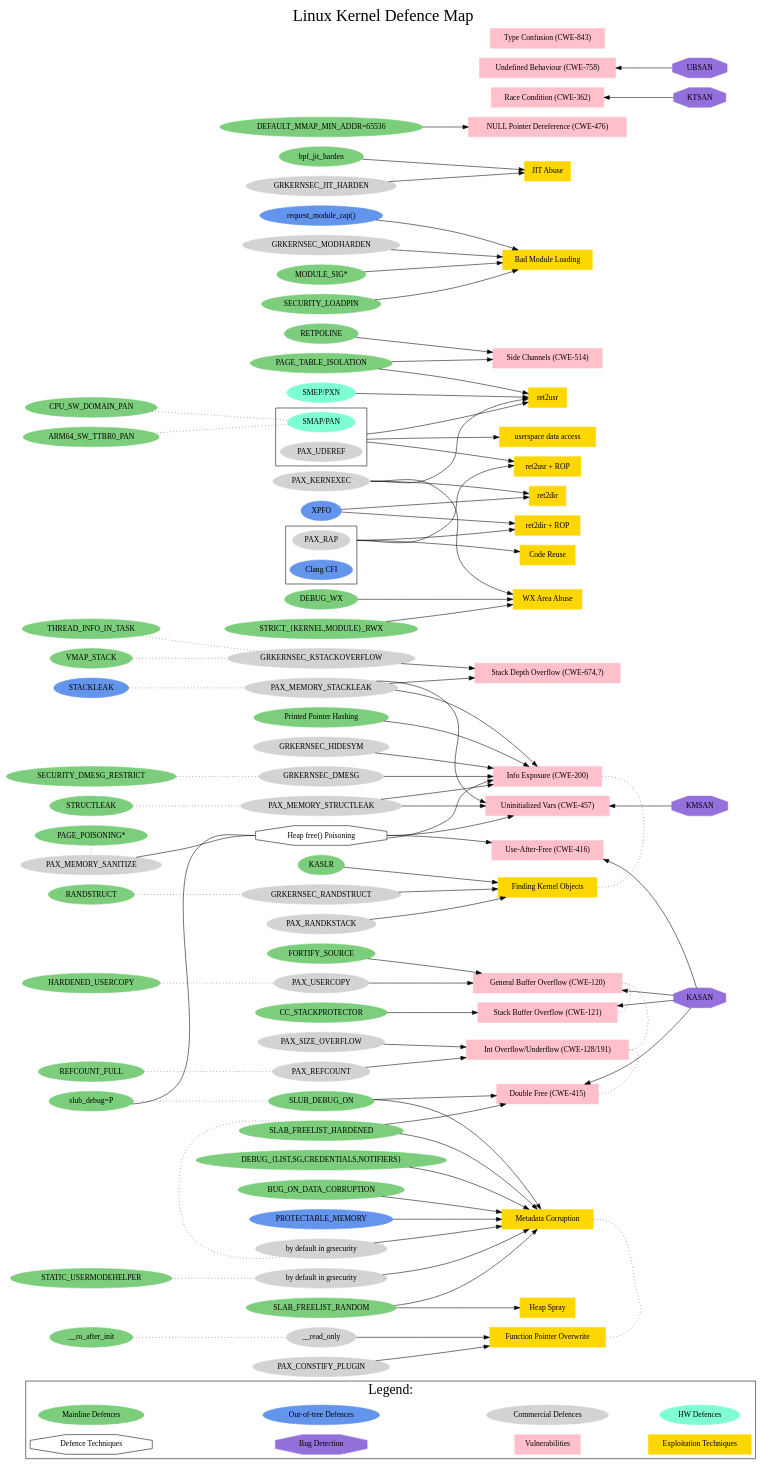
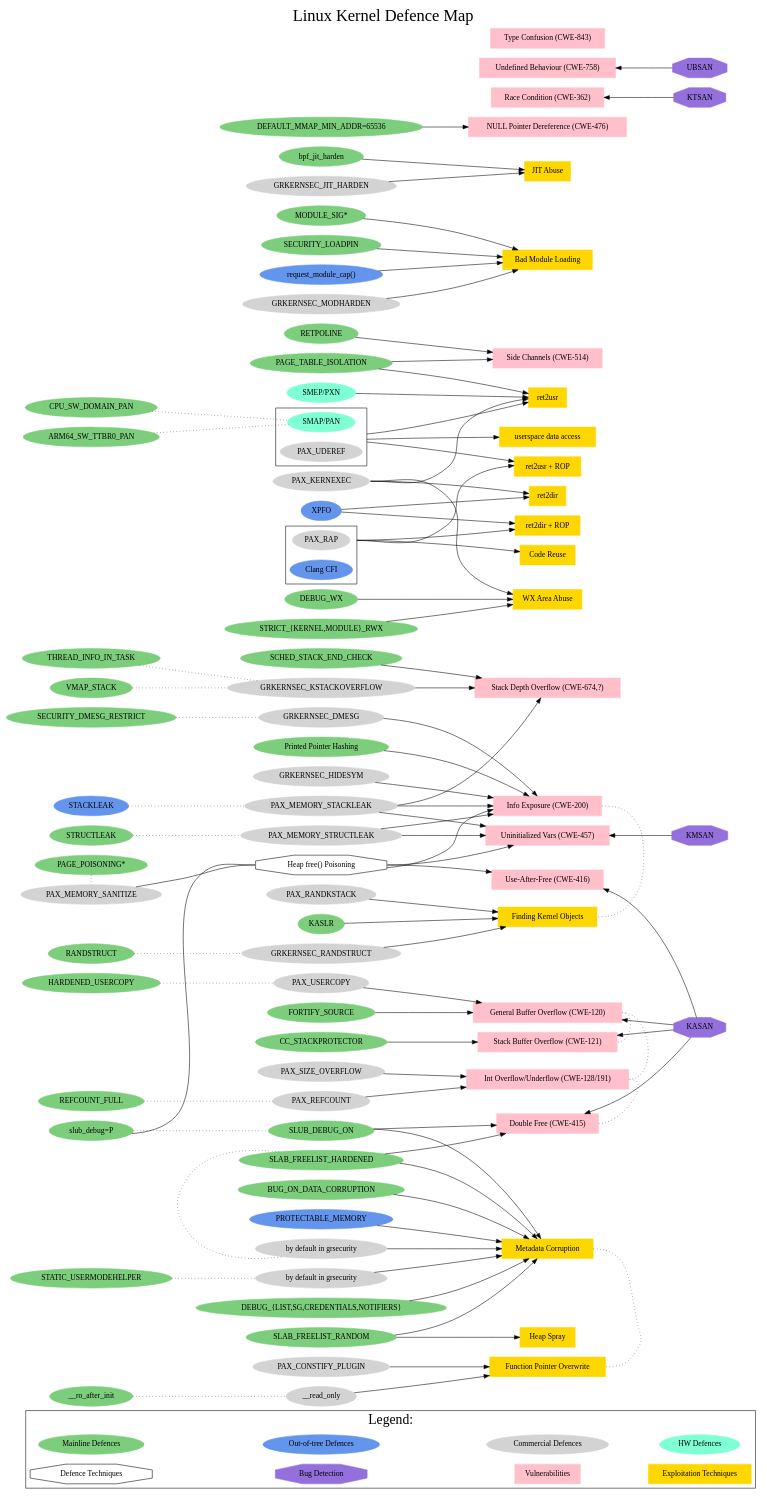
The diagram in linux-kernel-defence-map.dot (a13xp0p0v/linux-kernel-defence-map), drawn with Graphviz before and after one commit.

Commit message:
Add SCHED_STACK_END_CHECK against Stack Depth Overflow

```diff
--- a/linux-kernel-defence-map.dot
+++ b/linux-kernel-defence-map.dot
@@ -86,6 +86,7 @@
     "RETPOLINE";
     "bpf_jit_harden";
     "DEFAULT_MMAP_MIN_ADDR=65536";
+    "SCHED_STACK_END_CHECK";
 
     // Out-of-tree Defences
     node [shape=oval, color=cornflowerblue];
@@ -251,6 +252,7 @@
   edge [style=solid, arrowhead=normal, dir=forward, headport=_, tailport=_];
   "GRKERNSEC_KSTACKOVERFLOW" -> "Stack Depth Overflow (CWE-674,?)";
   "PAX_MEMORY_STACKLEAK" -> "Stack Depth Overflow (CWE-674,?)";
+  "SCHED_STACK_END_CHECK" -> "Stack Depth Overflow (CWE-674,?)";
 
   "PAX_USERCOPY" -> "General Buffer Overflow (CWE-120)";
   "FORTIFY_SOURCE" -> "General Buffer Overflow (CWE-120)";
```
